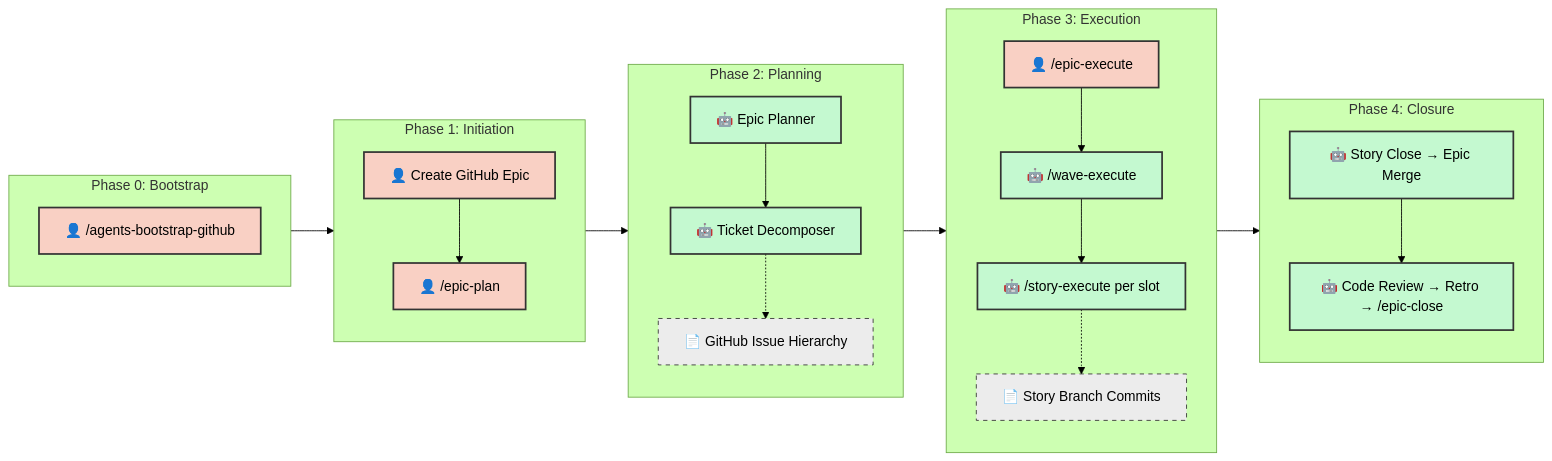
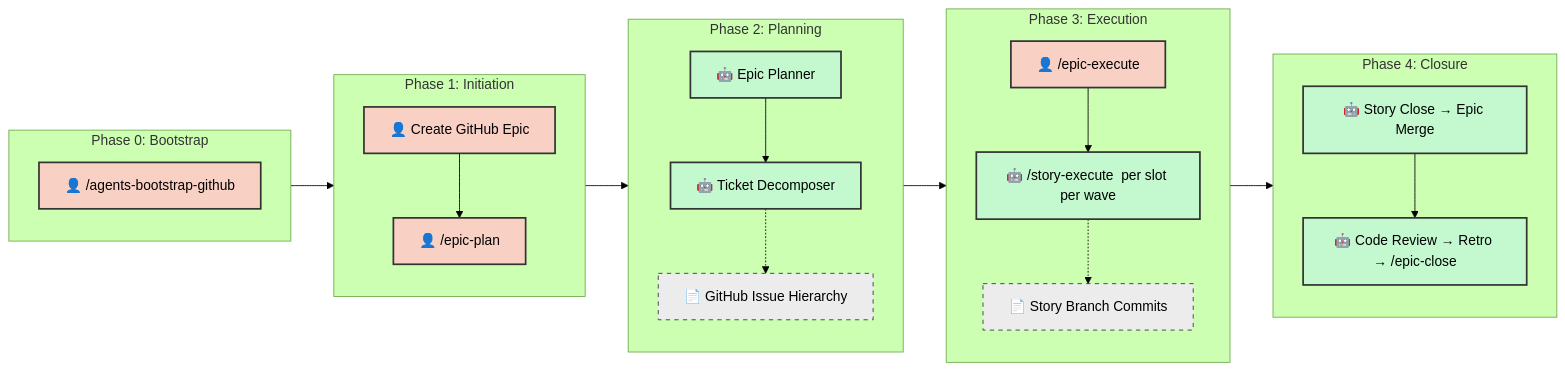
Before and after one commit to dsj1984/mandrel: the diagram in .agents/SDLC.md, drawn with Mermaid (forest theme). The commit also changed other lines of this file and 38 other files, not shown here.

````diff
--- a/.agents/SDLC.md
+++ b/.agents/SDLC.md
@@ -75,48 +75,46 @@
 ```mermaid
 graph LR
     classDef manual fill:#f9d0c4,stroke:#333,stroke-width:2px,color:#000;
     classDef agentic fill:#c4f9d0,stroke:#333,stroke-width:2px,color:#000;
     classDef artifact fill:#ececec,stroke:#333,stroke-width:1px,stroke-dasharray: 5 5,color:#000;
 
     subgraph Phase0 ["Phase 0: Bootstrap"]
         direction TB
         Z["👤 /agents-bootstrap-github"]:::manual
     end
 
     subgraph Phase1 ["Phase 1: Initiation"]
         direction TB
         A["👤 Create GitHub Epic"]:::manual
         B["👤 /epic-plan"]:::manual
         A --> B
     end
 
     subgraph Phase2 ["Phase 2: Planning"]
         direction TB
         C["🤖 Epic Planner"]:::agentic
         D["🤖 Ticket Decomposer"]:::agentic
         C --> D
         D -.-> D_Art["📄 GitHub Issue Hierarchy"]:::artifact
     end
 
     subgraph Phase3 ["Phase 3: Execution"]
         direction TB
         E["👤 /epic-execute <epicId>"]:::manual
-        W["🤖 /wave-execute <epicId> <waveN>"]:::agentic
-        F["🤖 /story-execute <storyId> per slot"]:::agentic
-        E --> W
-        W --> F
+        F["🤖 /story-execute <storyId> per slot per wave"]:::agentic
+        E --> F
         F -.-> F_Art["📄 Story Branch Commits"]:::artifact
     end
 
     subgraph Phase4 ["Phase 4: Closure"]
         direction TB
         G["🤖 Story Close → Epic Merge"]:::agentic
         H["🤖 Code Review → Retro → /epic-close"]:::agentic
         G --> H
     end
 
     Z --> A
     B --> C
     D --> E
     F --> G
 ```
````
